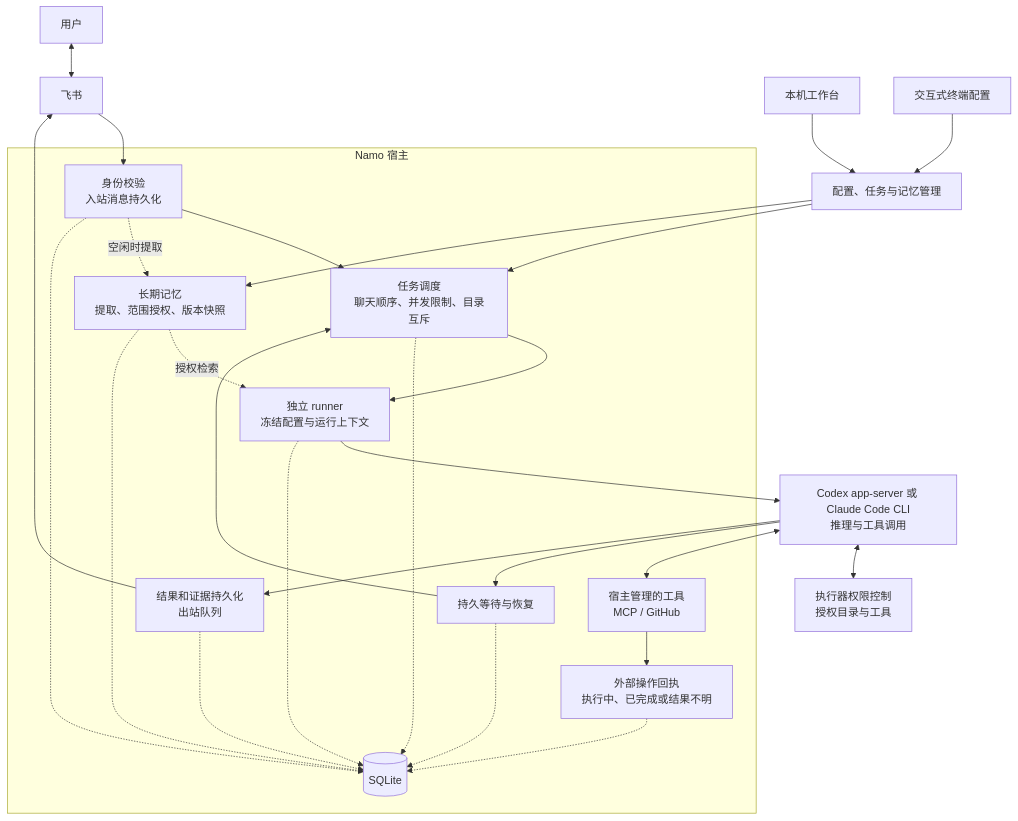
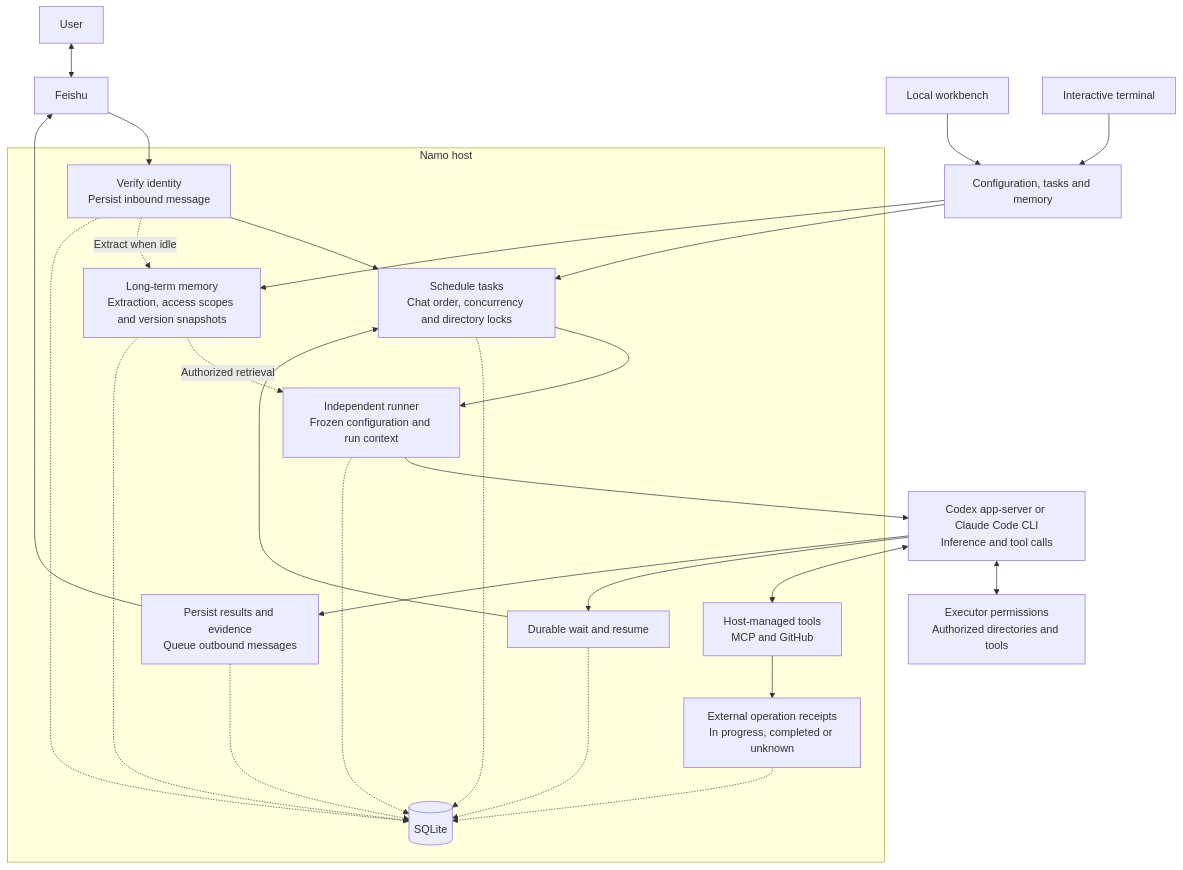
One commit to dofy/namo changed the diagram in docs/architecture.md. Above: the diagram before and after it, drawn with Mermaid. The commit also changed other lines of this file and 10 other files, not shown here.

````diff
--- a/docs/architecture.md
+++ b/docs/architecture.md
@@ -9,33 +9,33 @@
 ```mermaid
 flowchart TB
-  User[用户] <--> Feishu[飞书]
-  UI[本机工作台] --> Management[配置、任务与记忆管理]
-  CLI[交互式终端配置] --> Management
+  User[User] <--> Feishu[Feishu]
+  UI[Local workbench] --> Management[Configuration, tasks and memory]
+  CLI[Interactive terminal] --> Management
 
-  subgraph Namo["Namo 宿主"]
-    In[身份校验<br/>入站消息持久化]
-    Queue[任务调度<br/>聊天顺序、并发限制、目录互斥]
-    Runner[独立 runner<br/>冻结配置与运行上下文]
-    HostTools[宿主管理的工具<br/>MCP / GitHub]
-    Receipts[外部操作回执<br/>执行中、已完成或结果不明]
-    Wait[持久等待与恢复]
-    Out[结果和证据持久化<br/>出站队列]
-    Memory[长期记忆<br/>提取、范围授权、版本快照]
+  subgraph Namo["Namo host"]
+    In[Verify identity<br/>Persist inbound message]
+    Queue[Schedule tasks<br/>Chat order, concurrency and directory locks]
+    Runner[Independent runner<br/>Frozen configuration and run context]
+    HostTools[Host-managed tools<br/>MCP and GitHub]
+    Receipts[External operation receipts<br/>In progress, completed or unknown]
+    Wait[Durable wait and resume]
+    Out[Persist results and evidence<br/>Queue outbound messages]
+    Memory[Long-term memory<br/>Extraction, access scopes and version snapshots]
     DB[(SQLite)]
   end
 
-  Agent[Codex app-server 或 Claude Code CLI<br/>推理与工具调用]
-  Sandbox[执行器权限控制<br/>授权目录与工具]
+  Agent[Codex app-server or Claude Code CLI<br/>Inference and tool calls]
+  Sandbox[Executor permissions<br/>Authorized directories and tools]
 
   Feishu --> In --> Queue --> Runner --> Agent
   Agent <--> Sandbox
   Agent <--> HostTools
   HostTools --> Receipts
   Agent --> Wait --> Queue
   Agent --> Out --> Feishu
-  In -.->|空闲时提取| Memory
-  Memory -.->|授权检索| Runner
+  In -.->|Extract when idle| Memory
+  Memory -.->|Authorized retrieval| Runner
   Management --> Queue
   Management --> Memory
   In & Queue & Runner & Receipts & Wait & Out & Memory -.-> DB
 ```
````
